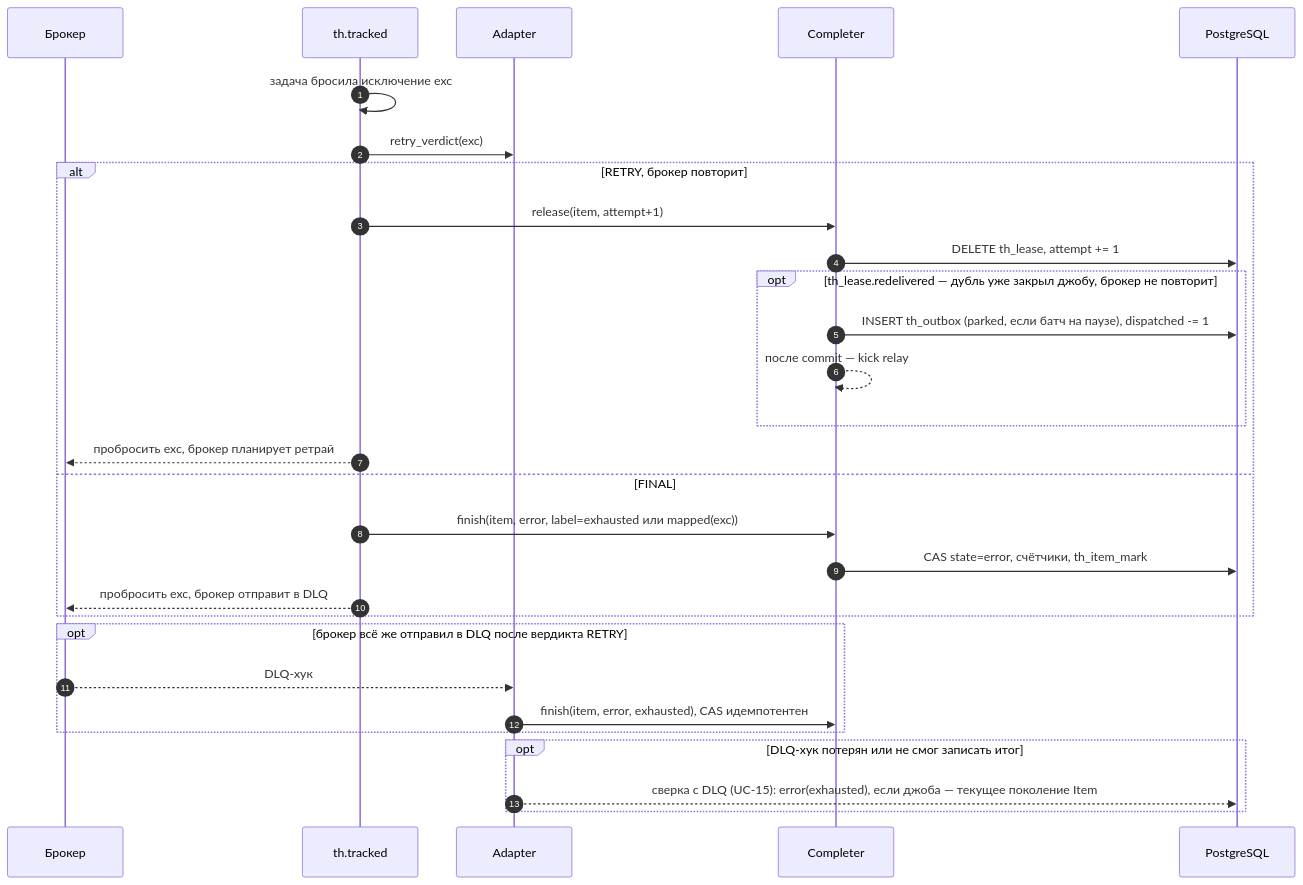
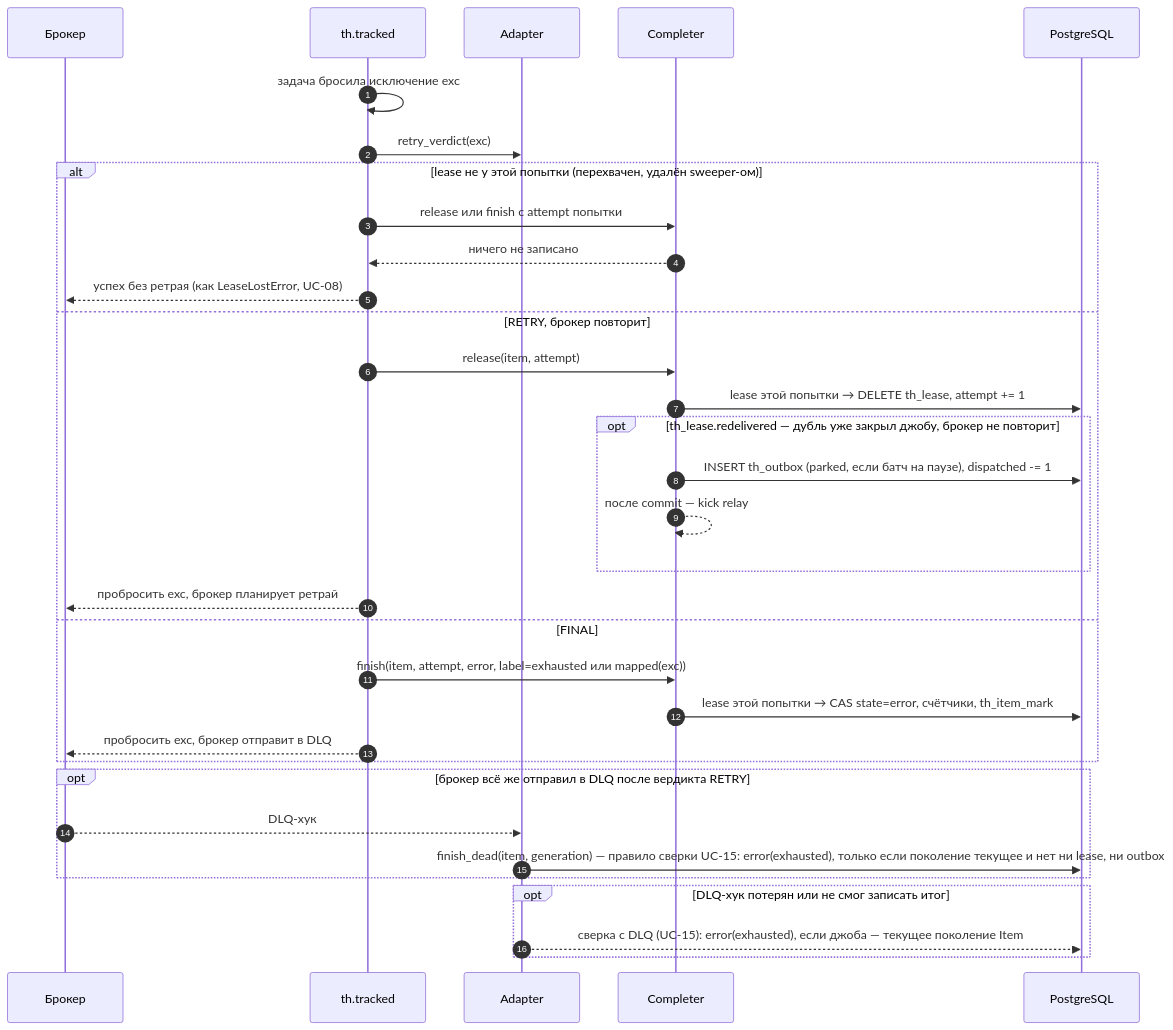
Before and after one commit to 0cherednoq/Tallyho: diagram 16 of 40 in docs/ARCHITECTURE.md, drawn with Mermaid. The commit also changed other lines of this file and 2 other files, not shown here.

First line of the commit message:
Fix-18: описать владение lease в пути A, JOB_DEAD и ключ с поколением

````diff
--- a/docs/ARCHITECTURE.md
+++ b/docs/ARCHITECTURE.md
@@ -983,32 +985,36 @@
 ```mermaid
 sequenceDiagram
     autonumber
     participant B as Брокер
     participant MW as th.tracked
     participant A as Adapter
     participant C as Completer
     participant DB as PostgreSQL
 
     MW->>MW: задача бросила исключение exc
     MW->>A: retry_verdict(exc)
-    alt RETRY, брокер повторит
-        MW->>C: release(item, attempt+1)
-        C->>DB: DELETE th_lease, attempt += 1
+    alt lease не у этой попытки (перехвачен, удалён sweeper-ом)
+        MW->>C: release или finish с attempt попытки
+        C-->>MW: ничего не записано
+        MW-->>B: успех без ретрая (как LeaseLostError, UC-08)
+    else RETRY, брокер повторит
+        MW->>C: release(item, attempt)
+        C->>DB: lease этой попытки → DELETE th_lease, attempt += 1
         opt th_lease.redelivered — дубль уже закрыл джобу, брокер не повторит
             C->>DB: INSERT th_outbox (parked, если батч на паузе), dispatched -= 1
             C-->>C: после commit — kick relay
         end
         MW-->>B: пробросить exc, брокер планирует ретрай
     else FINAL
-        MW->>C: finish(item, error, label=exhausted или mapped(exc))
-        C->>DB: CAS state=error, счётчики, th_item_mark
+        MW->>C: finish(item, attempt, error, label=exhausted или mapped(exc))
+        C->>DB: lease этой попытки → CAS state=error, счётчики, th_item_mark
         MW-->>B: пробросить exc, брокер отправит в DLQ
     end
     opt брокер всё же отправил в DLQ после вердикта RETRY
         B-->>A: DLQ-хук
-        A->>C: finish(item, error, exhausted), CAS идемпотентен
+        A->>DB: finish_dead(item, generation) — правило сверки UC-15: error(exhausted), только если поколение текущее и нет ни lease, ни outbox
     end
     opt DLQ-хук потерян или не смог записать итог
         A-->>DB: сверка с DLQ (UC-15): error(exhausted), если джоба — текущее поколение Item
     end
 ```
````
